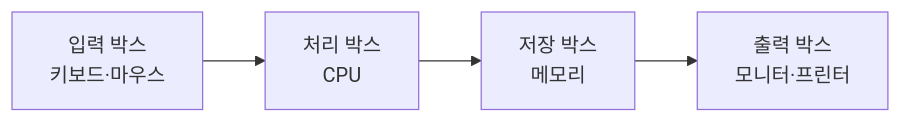
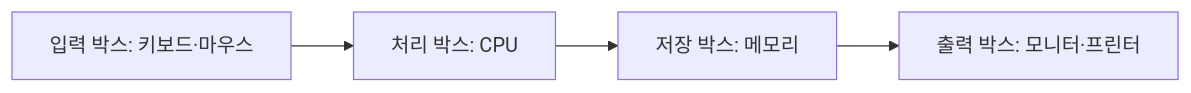
The first of 2 diagrams in curriculum/week01.md (sujinchoo/Ai.build.education), drawn with Mermaid before and after one commit. The commit also changed other lines of this file and 3 other files, not shown here.

Commit message:
fix: resolve week01/week06 mermaid loading errors

````diff
--- a/curriculum/week01.md
+++ b/curriculum/week01.md
@@ -18,10 +18,6 @@
 ```mermaid
 flowchart LR
-    I[입력 박스
-키보드·마우스] --> C[처리 박스
-CPU]
-    C --> M[저장 박스
-메모리]
-    M --> O[출력 박스
-모니터·프린터]
+    I[입력 박스: 키보드·마우스] --> C[처리 박스: CPU]
+    C --> M[저장 박스: 메모리]
+    M --> O[출력 박스: 모니터·프린터]
 ```
````
